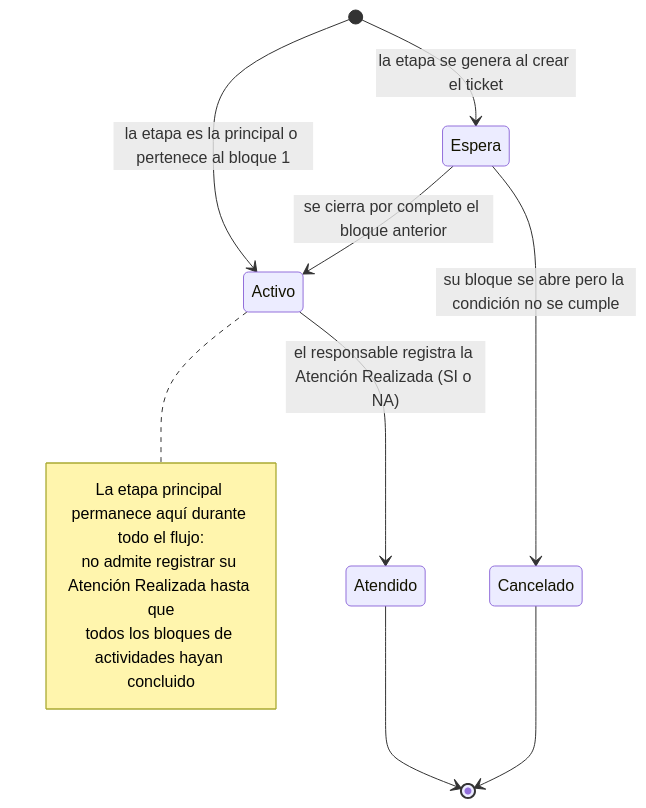
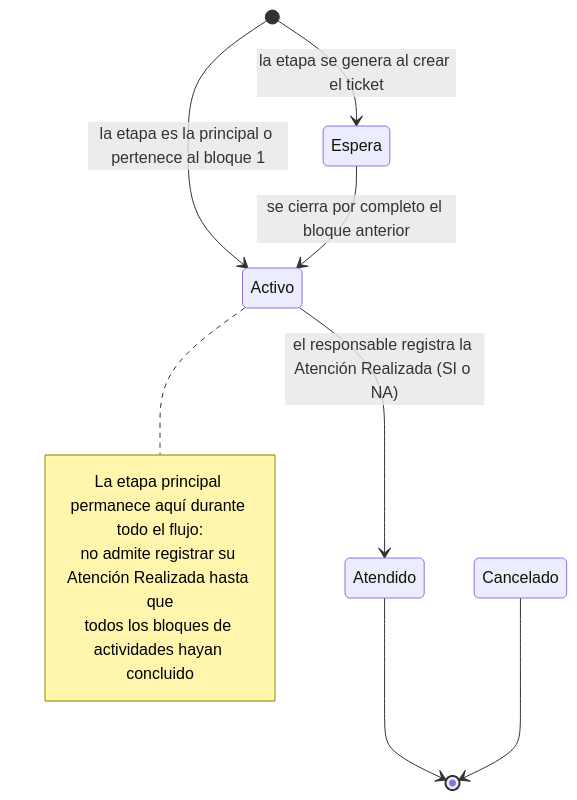
The first of 5 diagrams in docs/Proyectos/iNN/Baja usuario - Ticket escalonado/Ejecución del Flujo de Trabajo de Tickets por Bloques.md (solis1408/Business-Suite), drawn with Mermaid before and after one commit. The commit also changed other lines of this file, not shown here.

````diff
--- a/docs/Proyectos/iNN/Baja usuario - Ticket escalonado/Ejecución del Flujo de Trabajo de Tickets por Bloques.md
+++ b/docs/Proyectos/iNN/Baja usuario - Ticket escalonado/Ejecución del Flujo de Trabajo de Tickets por Bloques.md
@@ -146,15 +145,14 @@
 ```mermaid
 stateDiagram-v2
     [*] --> Espera: la etapa se genera al crear el ticket
     [*] --> Activo: la etapa es la principal o pertenece al bloque 1
     Espera --> Activo: se cierra por completo el bloque anterior
-    Espera --> Cancelado: su bloque se abre pero la condición no se cumple
     Activo --> Atendido: el responsable registra la Atención Realizada (SI o NA)
     Atendido --> [*]
     Cancelado --> [*]
     note right of Activo
         La etapa principal permanece aquí durante todo el flujo:
         no admite registrar su Atención Realizada hasta que
         todos los bloques de actividades hayan concluido
     end note
 ```
````
